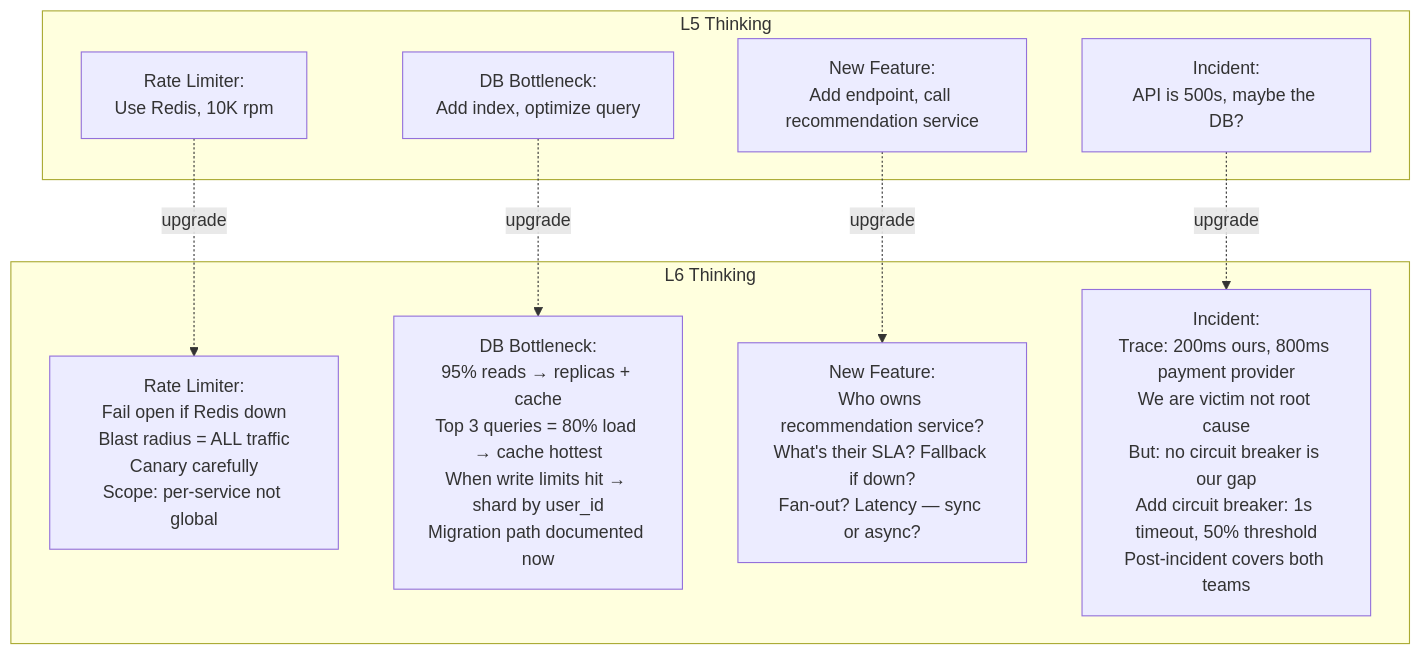
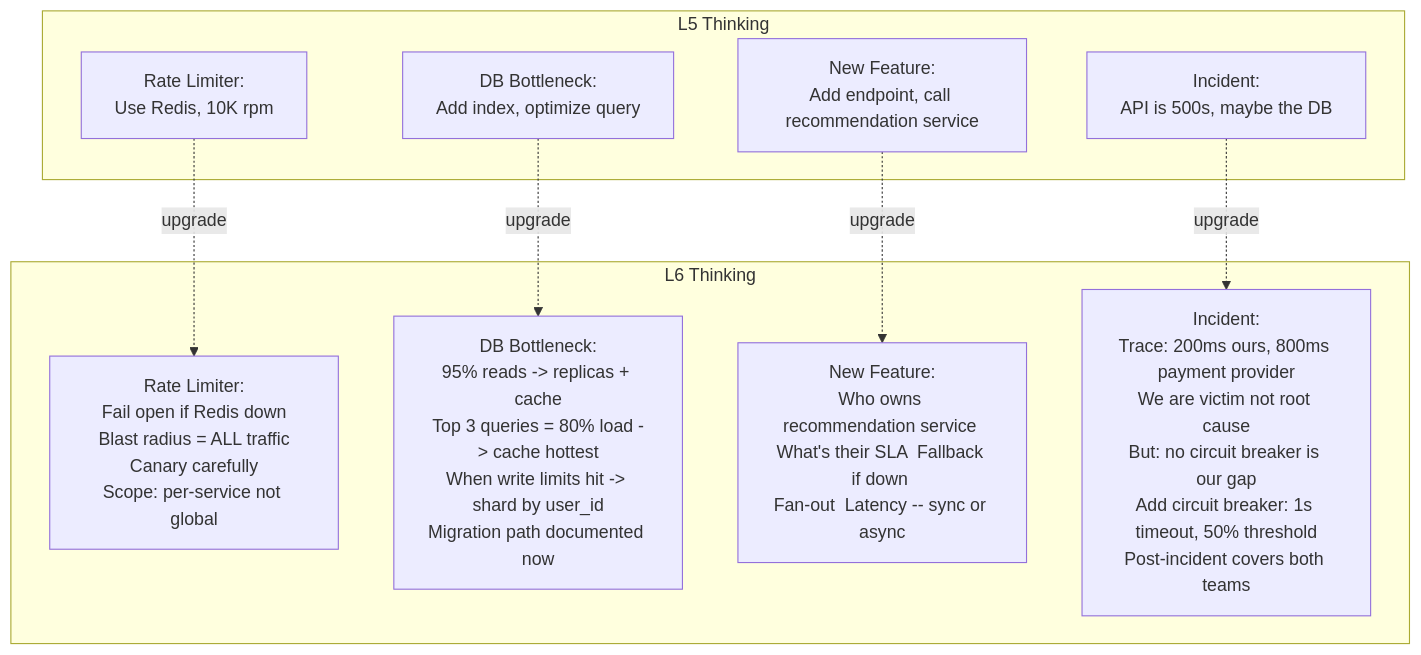
Before and after one commit to ranjeetnegi/System-Design-for-Staff-SWE: diagram 18 of 19 in Section0/Chapter_1_Systems_Servers_Clients.md, drawn with Mermaid. The commit also changed other lines of this file and 11 other files, not shown here.

````diff
--- a/Section0/Chapter_1_Systems_Servers_Clients.md
+++ b/Section0/Chapter_1_Systems_Servers_Clients.md
@@ -2431,21 +2431,21 @@
 ```mermaid
 graph TD
     subgraph L5["L5 Thinking"]
         A1["Rate Limiter:\nUse Redis, 10K rpm"]
         B1["DB Bottleneck:\nAdd index, optimize query"]
         C1["New Feature:\nAdd endpoint, call recommendation service"]
-        D1["Incident:\nAPI is 500s, maybe the DB?"]
+        D1["Incident:\nAPI is 500s, maybe the DB "]
     end
 
     subgraph L6["L6 Thinking"]
         A2["Rate Limiter:\nFail open if Redis down\nBlast radius = ALL traffic\nCanary carefully\nScope: per-service not global"]
-        B2["DB Bottleneck:\n95% reads → replicas + cache\nTop 3 queries = 80% load → cache hottest\nWhen write limits hit → shard by user_id\nMigration path documented now"]
-        C2["New Feature:\nWho owns recommendation service?\nWhat's their SLA? Fallback if down?\nFan-out? Latency — sync or async?"]
+        B2["DB Bottleneck:\n95% reads -> replicas + cache\nTop 3 queries = 80% load -> cache hottest\nWhen write limits hit -> shard by user_id\nMigration path documented now"]
+        C2["New Feature:\nWho owns recommendation service \nWhat's their SLA  Fallback if down \nFan-out  Latency -- sync or async "]
         D2["Incident:\nTrace: 200ms ours, 800ms payment provider\nWe are victim not root cause\nBut: no circuit breaker is our gap\nAdd circuit breaker: 1s timeout, 50% threshold\nPost-incident covers both teams"]
     end
 
     A1 -.->|upgrade| A2
     B1 -.->|upgrade| B2
     C1 -.->|upgrade| C2
     D1 -.->|upgrade| D2
 ```
````
